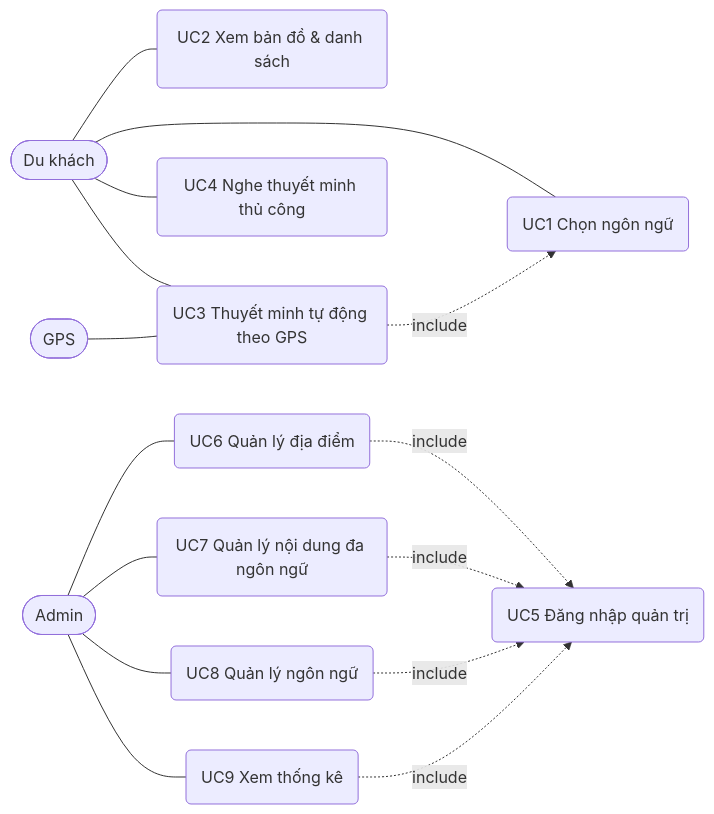
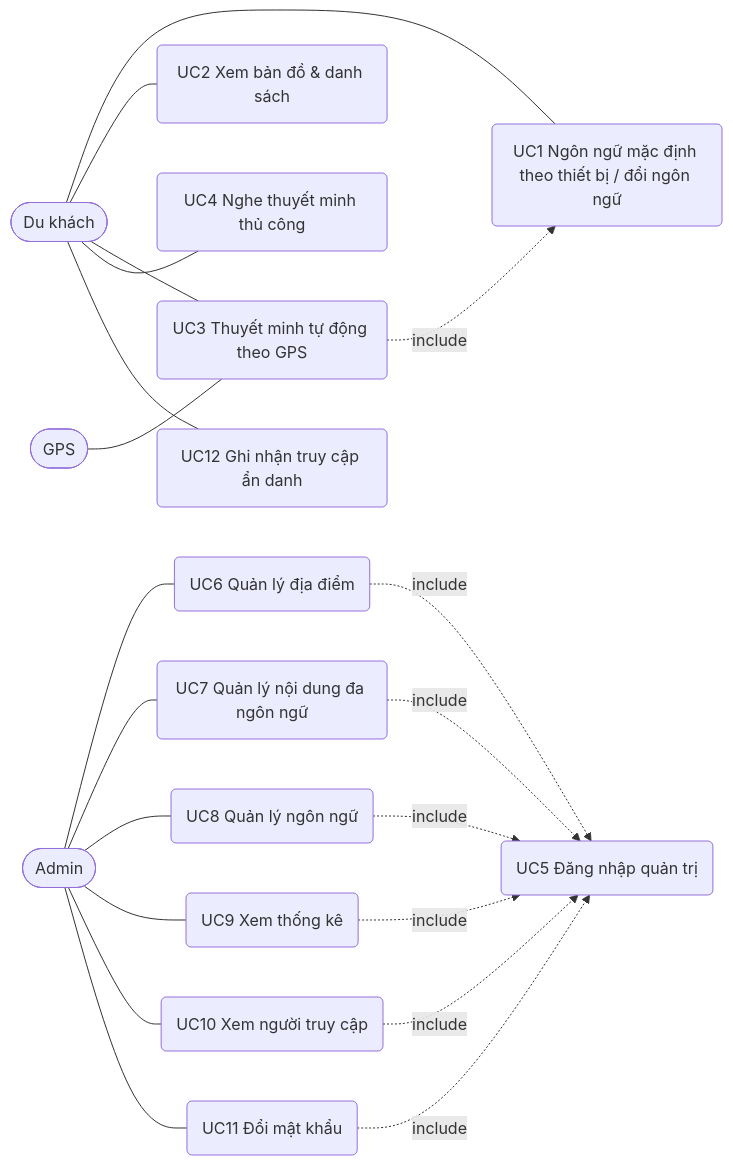
The first of 3 diagrams in docs/FocusedUseCases.md (DangHau19/CNPM), drawn with Mermaid before and after one commit. The commit also changed other lines of this file and 32 other files, not shown here.

First line of the commit message:
Theo dõi truy cập, tự phát thuyết minh theo GPS, ngôn ngữ theo thiết bị, XAMPP/Render

````diff
--- a/docs/FocusedUseCases.md
+++ b/docs/FocusedUseCases.md
@@ -14,17 +14,22 @@
 ```mermaid
 flowchart LR
-  T([Du khách]) --- UC1(UC1 Chọn ngôn ngữ)
+  T([Du khách]) --- UC1(UC1 Ngôn ngữ mặc định theo thiết bị / đổi ngôn ngữ)
   T --- UC2(UC2 Xem bản đồ & danh sách)
   T --- UC3(UC3 Thuyết minh tự động theo GPS)
   T --- UC4(UC4 Nghe thuyết minh thủ công)
   GPS([GPS]) --- UC3
   A([Admin]) --- UC6(UC6 Quản lý địa điểm)
   A --- UC7(UC7 Quản lý nội dung đa ngôn ngữ)
   A --- UC8(UC8 Quản lý ngôn ngữ)
   A --- UC9(UC9 Xem thống kê)
+  A --- UC10(UC10 Xem người truy cập)
+  A --- UC11(UC11 Đổi mật khẩu)
+  T --- UC12(UC12 Ghi nhận truy cập ẩn danh)
   UC6 -. include .-> UC5(UC5 Đăng nhập quản trị)
   UC7 -. include .-> UC5
   UC8 -. include .-> UC5
   UC9 -. include .-> UC5
+  UC10 -. include .-> UC5
+  UC11 -. include .-> UC5
   UC3 -. include .-> UC1
 ```
````
